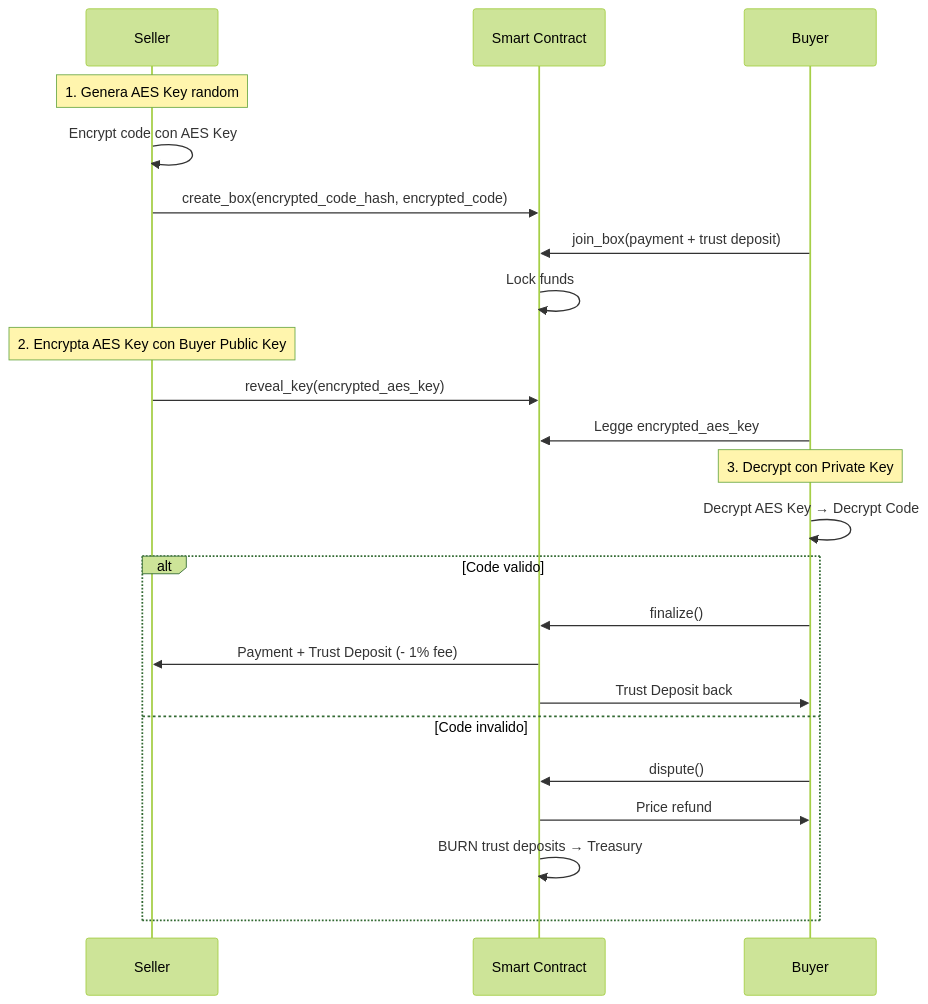
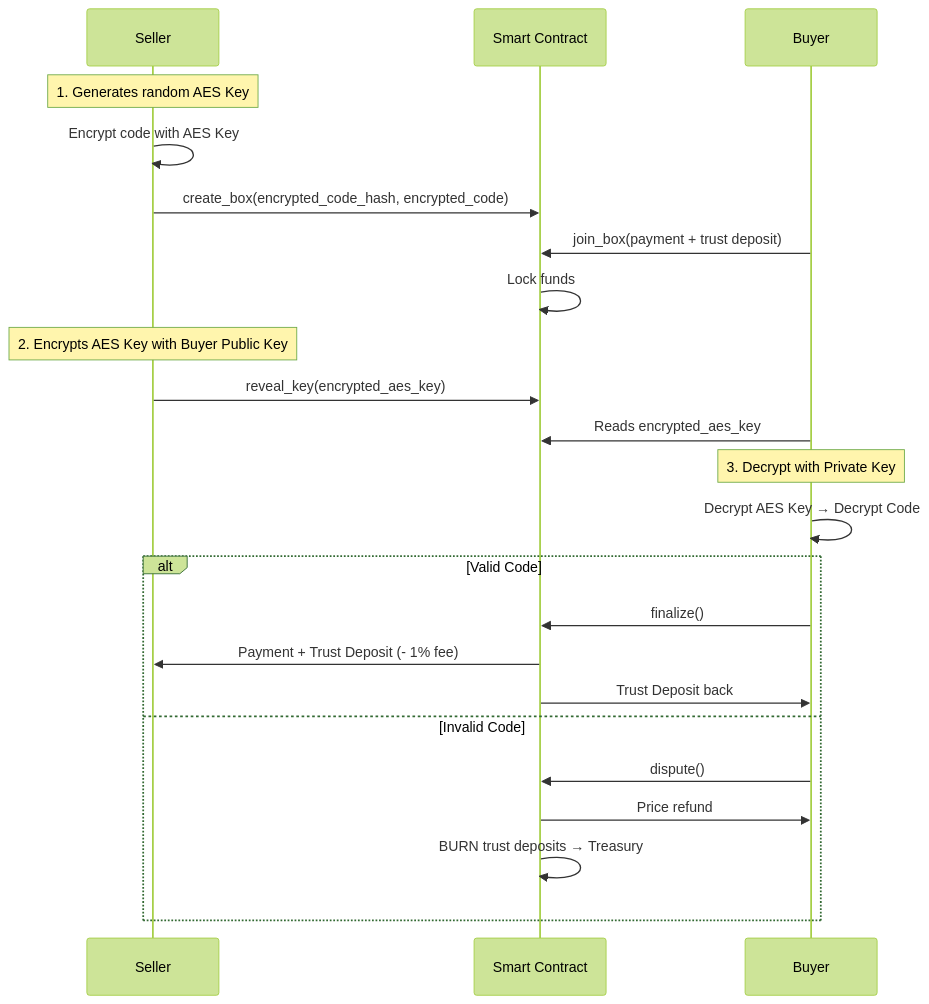
One commit to boobaGreen/GiftBlitzFull changed the second of 2 diagrams in Docs/PROJECT_ANALYSIS.md. Above: the diagram before and after it, drawn with Mermaid (forest theme). The commit also changed other lines of this file and 8 other files, not shown here.

````diff
--- a/Docs/PROJECT_ANALYSIS.md
+++ b/Docs/PROJECT_ANALYSIS.md
@@ -261,30 +261,30 @@
 ```mermaid
 sequenceDiagram
     participant S as Seller
     participant SC as Smart Contract
     participant B as Buyer
 
-    Note over S: 1. Genera AES Key random
-    S->>S: Encrypt code con AES Key
+    Note over S: 1. Generates random AES Key
+    S->>S: Encrypt code with AES Key
     S->>SC: create_box(encrypted_code_hash, encrypted_code)
 
     B->>SC: join_box(payment + trust deposit)
     SC->>SC: Lock funds
 
-    Note over S: 2. Encrypta AES Key con Buyer Public Key
+    Note over S: 2. Encrypts AES Key with Buyer Public Key
     S->>SC: reveal_key(encrypted_aes_key)
 
-    B->>SC: Legge encrypted_aes_key
-    Note over B: 3. Decrypt con Private Key
+    B->>SC: Reads encrypted_aes_key
+    Note over B: 3. Decrypt with Private Key
     B->>B: Decrypt AES Key → Decrypt Code
 
-    alt Code valido
+    alt Valid Code
         B->>SC: finalize()
         SC->>S: Payment + Trust Deposit (- 1% fee)
         SC->>B: Trust Deposit back
-    else Code invalido
+    else Invalid Code
         B->>SC: dispute()
         SC->>B: Price refund
         SC->>SC: BURN trust deposits → Treasury
     end
 ```
````
